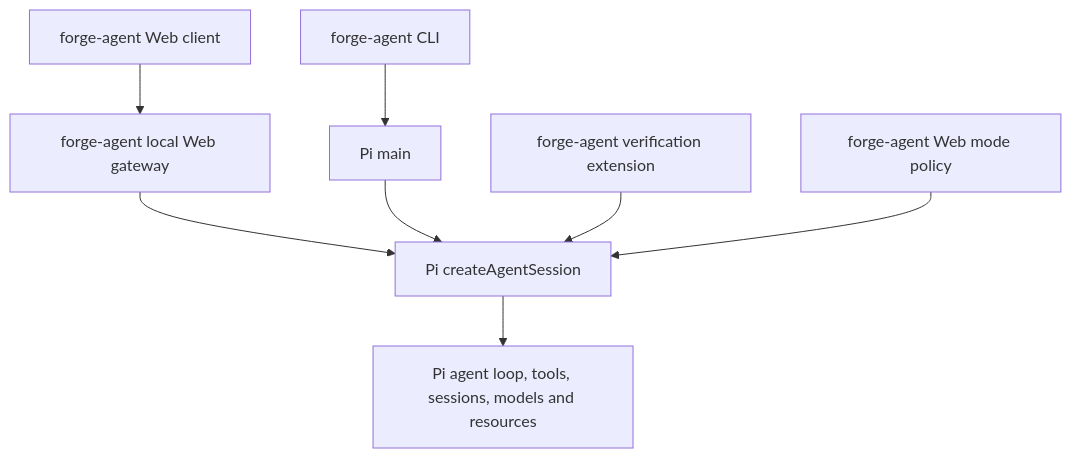
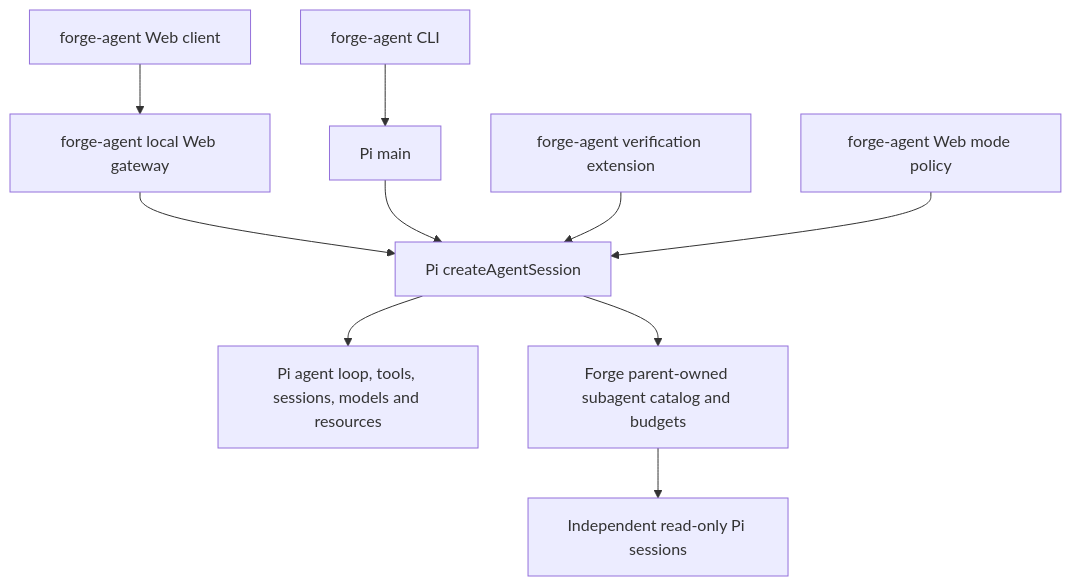
Before and after one commit to sun-sh/forge-agent: the diagram in docs/architecture.md, drawn with Mermaid. The commit also changed other lines of this file and 39 other files, not shown here.

````diff
--- a/docs/architecture.md
+++ b/docs/architecture.md
@@ -11,10 +11,12 @@
 ```mermaid
 flowchart TD
   Browser["forge-agent Web client"] --> Gateway["forge-agent local Web gateway"]
   Gateway --> Session["Pi createAgentSession"]
   CLI["forge-agent CLI"] --> Main["Pi main"]
   Main --> Session
   Session --> Pi["Pi agent loop, tools, sessions, models and resources"]
   Verify["forge-agent verification extension"] --> Session
   Modes["forge-agent Web mode policy"] --> Session
+  Session --> Delegation["Forge parent-owned subagent catalog and budgets"]
+  Delegation --> Children["Independent read-only Pi sessions"]
 ```
````
